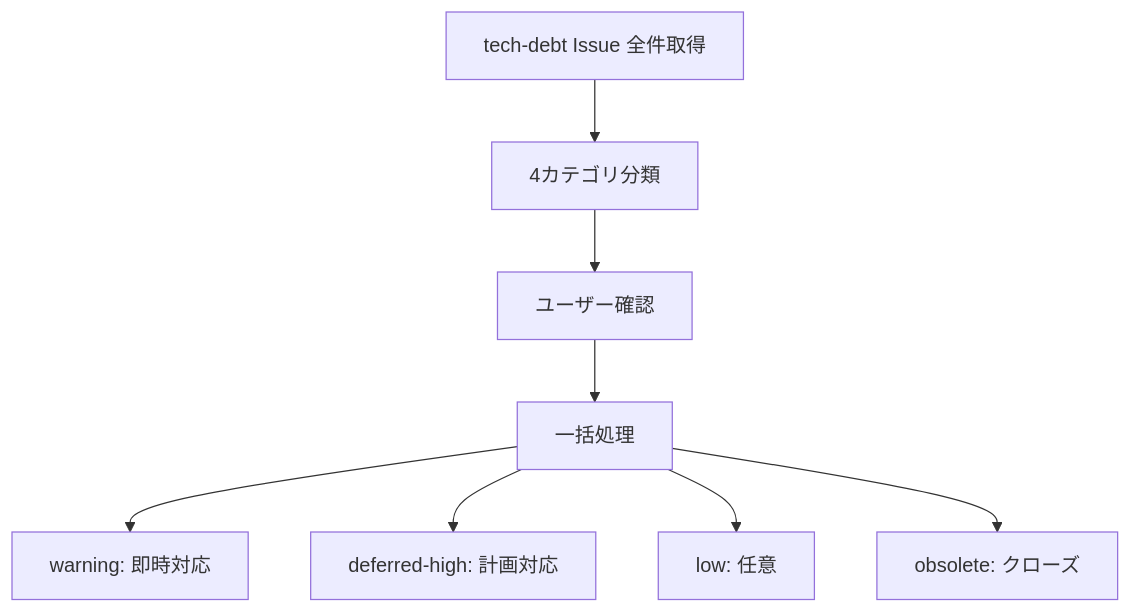
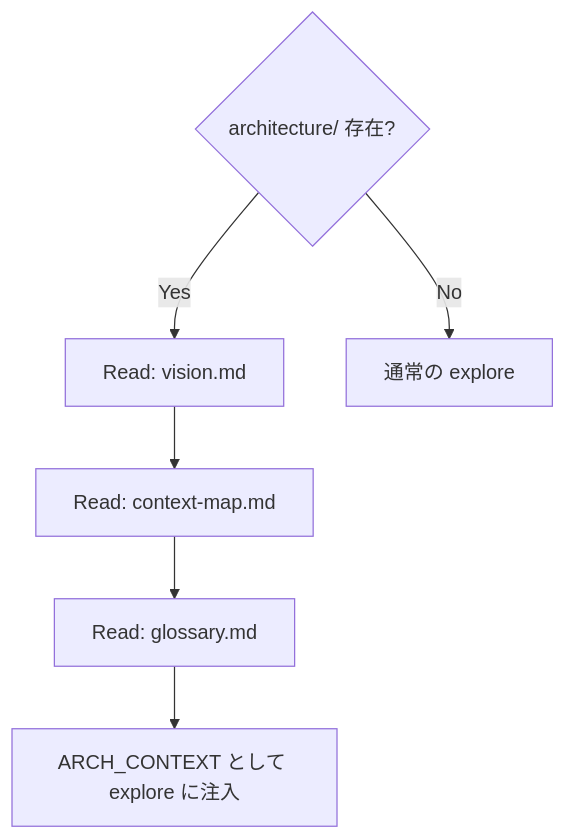
The second of 3 diagrams in plugins/dev/architecture/domain/contexts/issue-mgmt.md (shuu5/twill), drawn with Mermaid before and after one commit. The commit also changed other lines of this file and 109 other files, not shown here.

First line of the commit message:
refactor(architecture): 全面リフレッシュ - living document化

````diff
--- a/plugins/dev/architecture/domain/contexts/issue-mgmt.md
+++ b/plugins/dev/architecture/domain/contexts/issue-mgmt.md
@@ -72,10 +61,8 @@
 ```mermaid
 flowchart TD
-    A[tech-debt Issue 全件取得] --> B[4カテゴリ分類]
-    B --> C[ユーザー確認]
-    C --> D[一括処理]
-    D --> E[warning: 即時対応]
-    D --> F[deferred-high: 計画対応]
-    D --> G[low: 任意]
-    D --> H[obsolete: クローズ]
+    A{architecture/ 存在?} -- Yes --> B["Read: vision.md"]
+    A -- No --> E["通常の explore"]
+    B --> C["Read: context-map.md"]
+    C --> D["Read: glossary.md"]
+    D --> F["ARCH_CONTEXT として explore に注入"]
 ```
````
